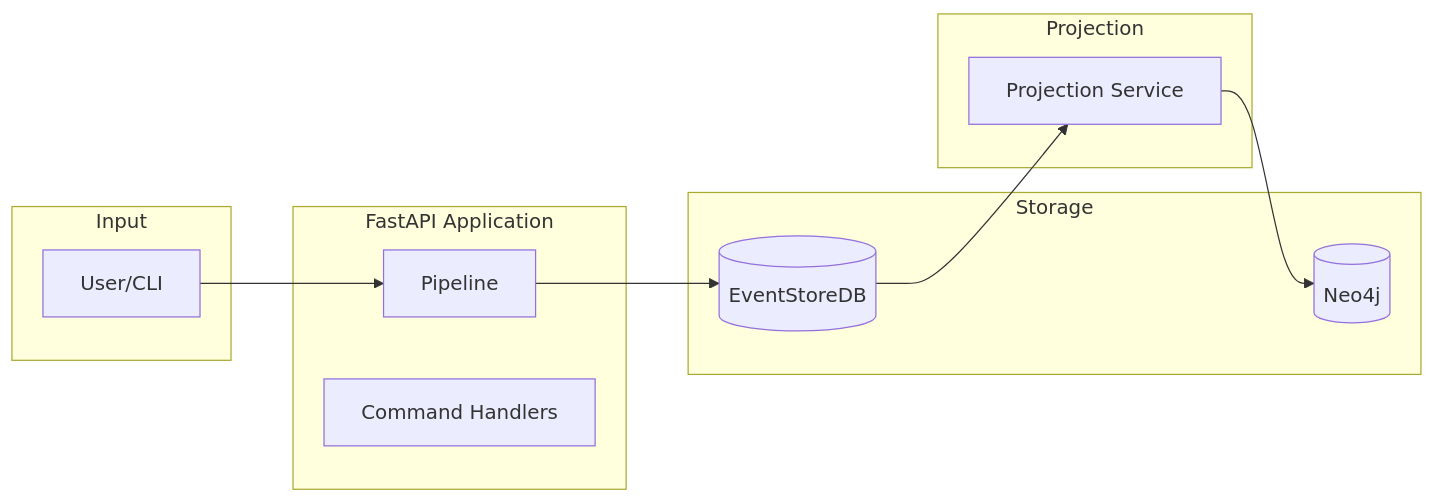
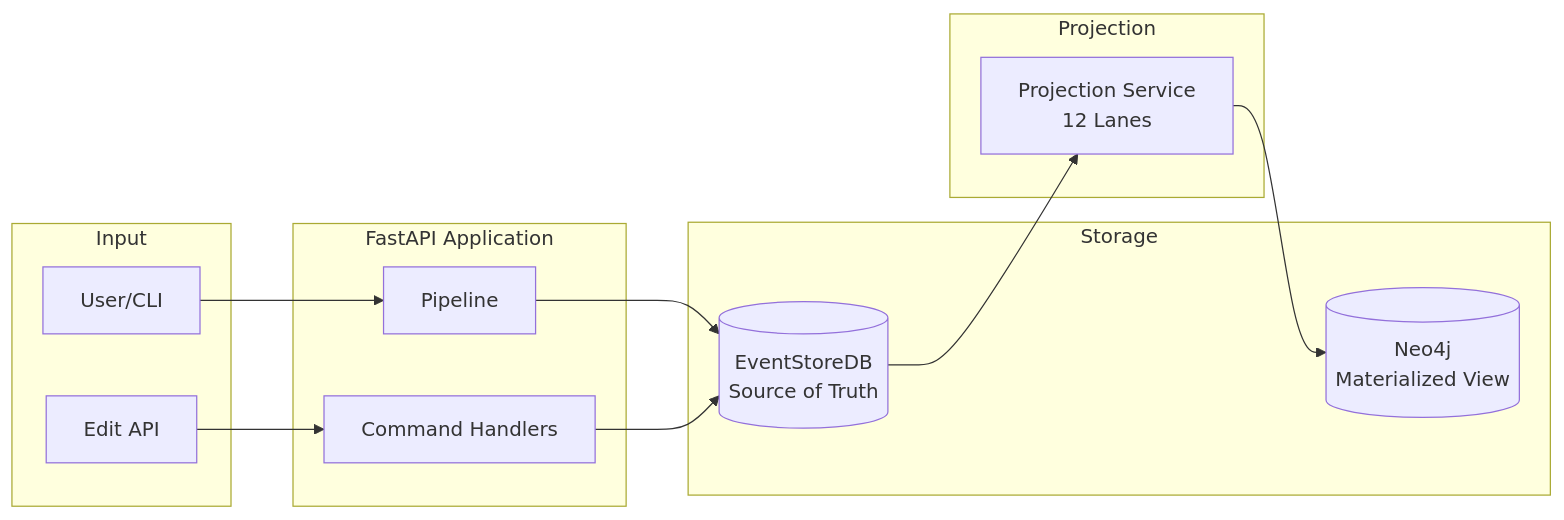
Before and after one commit to DigitalCowboyN/interview_analyzer_chaining: the diagram in docs/architecture/README.md, drawn with Mermaid. The commit also changed other lines of this file and 2 other files, not shown here.

````diff
--- a/docs/architecture/README.md
+++ b/docs/architecture/README.md
@@ -51,25 +22,28 @@
 ```mermaid
 flowchart LR
     subgraph Input
         U[User/CLI]
+        API[Edit API]
     end
 
     subgraph App["FastAPI Application"]
         P[Pipeline]
         CH[Command Handlers]
     end
 
     subgraph Storage
-        ES[(EventStoreDB)]
-        N4[(Neo4j)]
+        ES[(EventStoreDB<br/>Source of Truth)]
+        N4[(Neo4j<br/>Materialized View)]
     end
 
     subgraph Projection
-        PS[Projection Service]
+        PS[Projection Service<br/>12 Lanes]
     end
 
     U --> P
+    API --> CH
     P --> ES
+    CH --> ES
     ES --> PS
     PS --> N4
 ```
````
